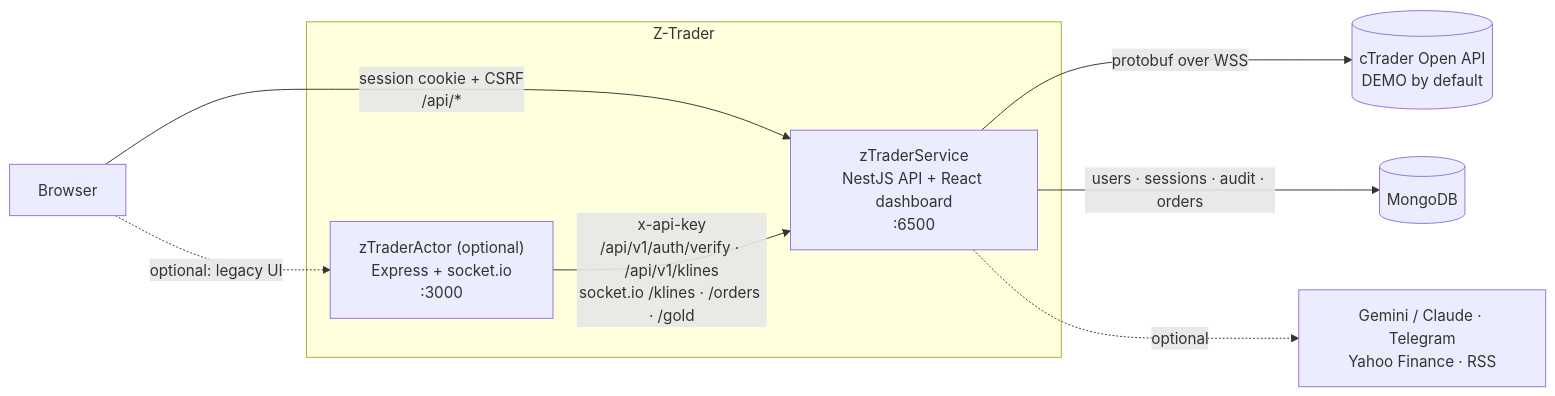
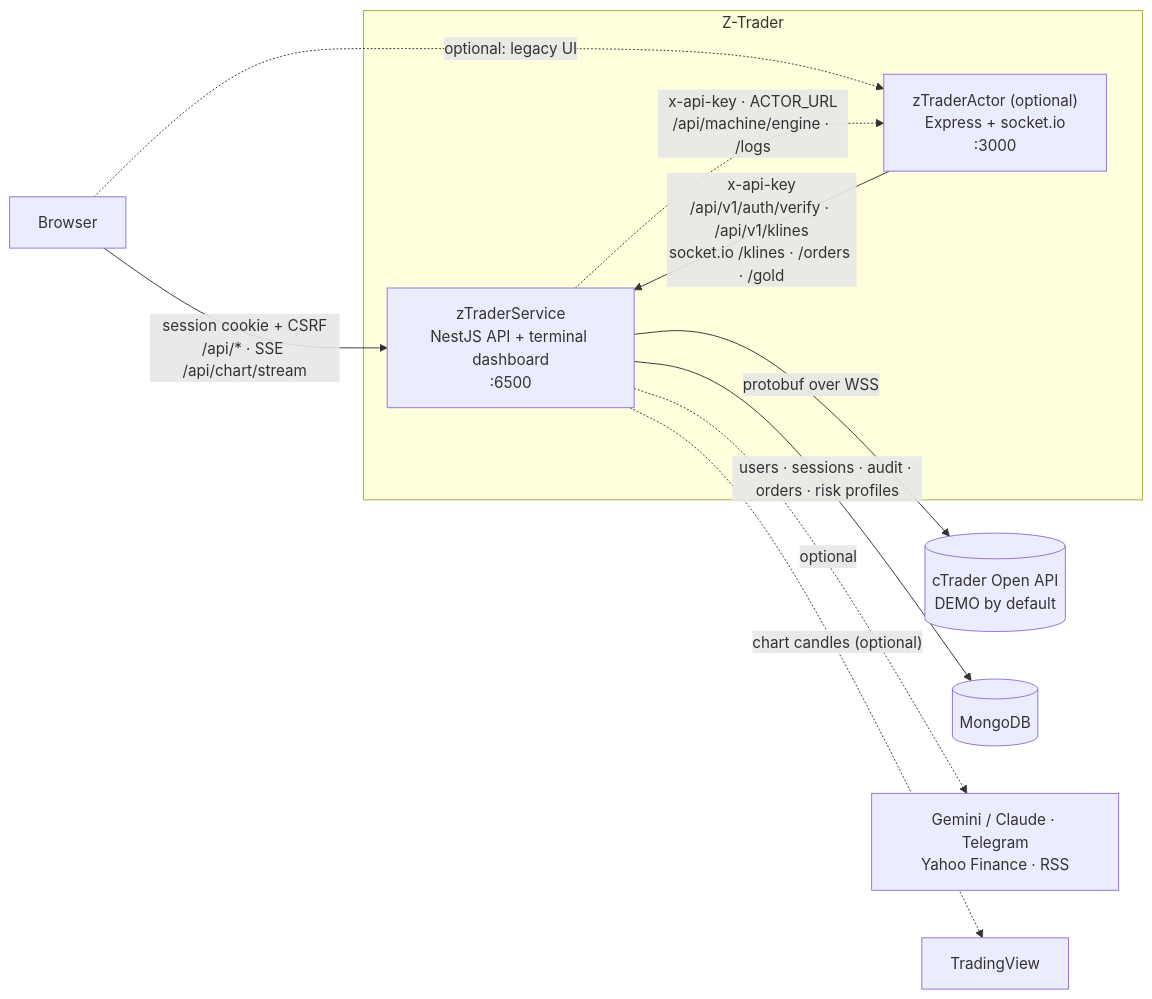
Before and after one commit to wsupajirakit/Z-Trader: the diagram in README.md, drawn with Mermaid. The commit also changed other lines of this file and 272 other files, not shown here.

````diff
--- a/README.md
+++ b/README.md
@@ -17,13 +17,15 @@
 ```mermaid
 flowchart LR
-    U["Browser"] -- "session cookie + CSRF<br/>/api/*" --> S
+    U["Browser"] -- "session cookie + CSRF<br/>/api/* · SSE /api/chart/stream" --> S
     U -. "optional: legacy UI" .-> A
     subgraph Z["Z-Trader"]
-        S["zTraderService<br/>NestJS API + React dashboard<br/>:6500"]
+        S["zTraderService<br/>NestJS API + terminal dashboard<br/>:6500"]
         A["zTraderActor (optional)<br/>Express + socket.io<br/>:3000"]
         A -- "x-api-key<br/>/api/v1/auth/verify · /api/v1/klines<br/>socket.io /klines · /orders · /gold" --> S
+        S -. "x-api-key · ACTOR_URL<br/>/api/machine/engine · /logs" .-> A
     end
     S -- "protobuf over WSS" --> C[("cTrader Open API<br/>DEMO by default")]
-    S -- "users · sessions · audit · orders" --> M[("MongoDB")]
+    S -- "users · sessions · audit · orders · risk profiles" --> M[("MongoDB")]
     S -. "optional" .-> X["Gemini / Claude · Telegram<br/>Yahoo Finance · RSS"]
+    S -. "chart candles (optional)" .-> TV["TradingView"]
 ```
````
